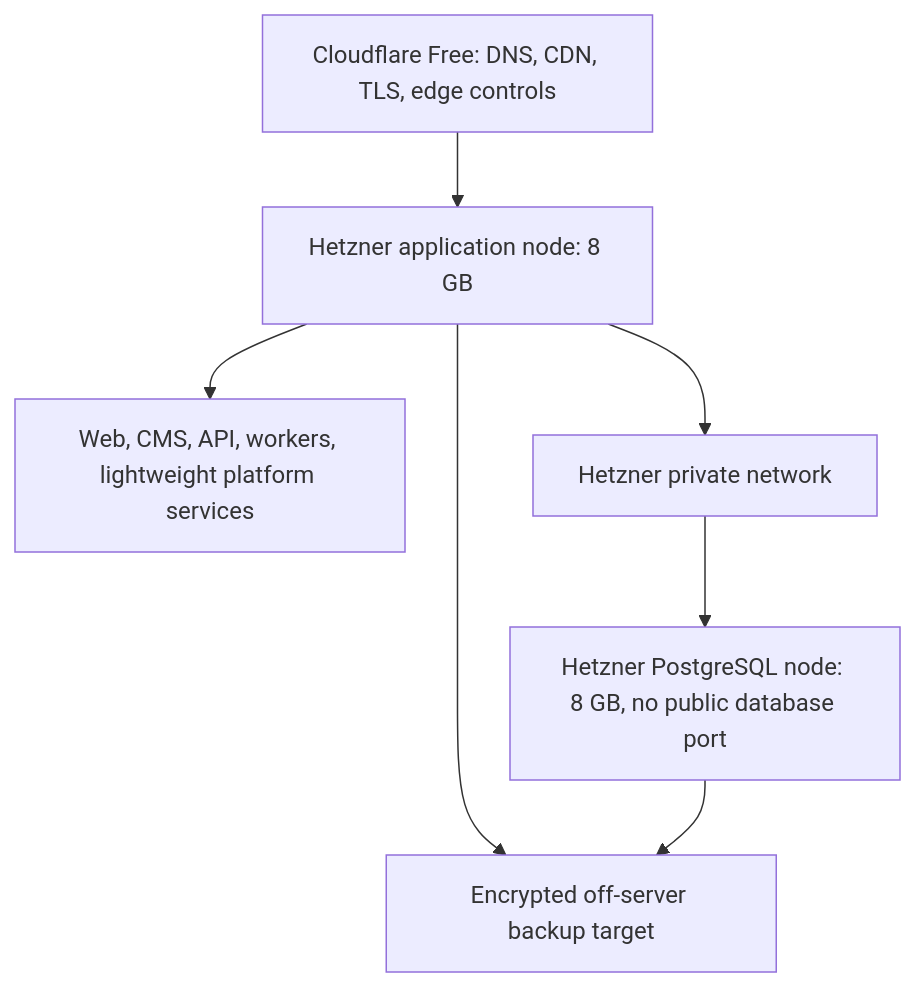
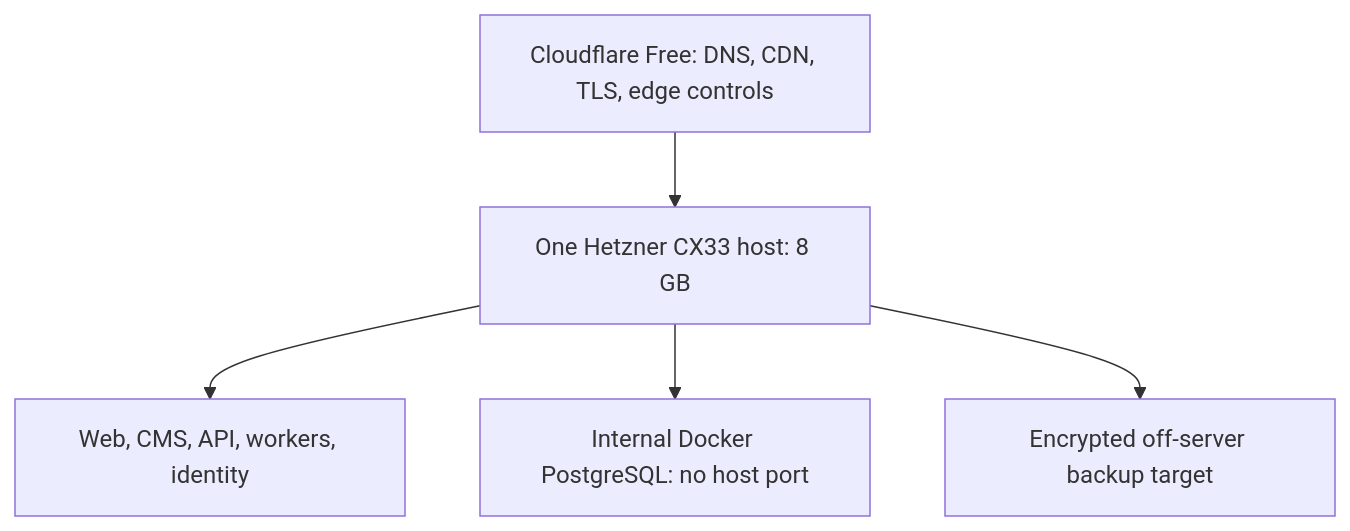
Before and after one commit to saadkhan2003/stack_and_scale: the diagram in plans/phase-10-infrastructure-environments-delivery.md, drawn with Mermaid. The commit also changed other lines of this file and 20 other files, not shown here.

````diff
--- a/plans/phase-10-infrastructure-environments-delivery.md
+++ b/plans/phase-10-infrastructure-environments-delivery.md
@@ -17,9 +17,7 @@
 ```mermaid
 flowchart TB
-    CF["Cloudflare Free: DNS, CDN, TLS, edge controls"] --> APP["Hetzner application node: 8 GB"]
-    APP --> WEB["Web, CMS, API, workers, lightweight platform services"]
-    APP --> NET["Hetzner private network"]
-    NET --> DB["Hetzner PostgreSQL node: 8 GB, no public database port"]
+    CF["Cloudflare Free: DNS, CDN, TLS, edge controls"] --> APP["One Hetzner CX33 host: 8 GB"]
+    APP --> WEB["Web, CMS, API, workers, identity"]
+    APP --> DB["Internal Docker PostgreSQL: no host port"]
     APP --> BACKUP["Encrypted off-server backup target"]
-    DB --> BACKUP
 ```
````
